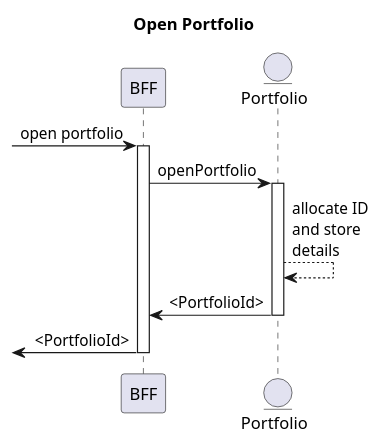
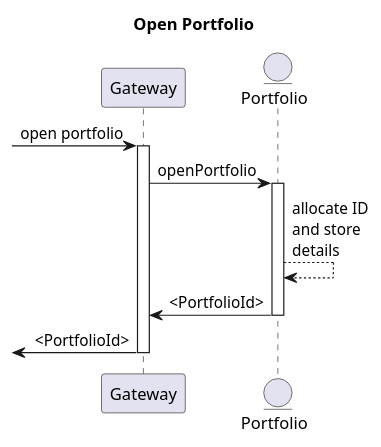
Before and after one commit to mandoolala/reactive-stock-trader-scala: the diagram in docs/OpenPortfolio.puml, drawn with PlantUML. The commit also changed 4 other files, not shown here.

```diff
--- a/docs/OpenPortfolio.puml
+++ b/docs/OpenPortfolio.puml
@@ -1,16 +1,16 @@
 @startuml
 !pragma teoz true
 skinparam SequenceMessageAlign direction
 title Open Portfolio
-participant BFF
+participant Gateway
 entity Portfolio
-[-> BFF : open portfolio
-activate BFF
-BFF -> Portfolio: openPortfolio
+[-> Gateway : open portfolio
+activate Gateway
+Gateway -> Portfolio: openPortfolio
 activate Portfolio
 Portfolio --> Portfolio : allocate ID\nand store\ndetails
-Portfolio -> BFF : <PortfolioId>
+Portfolio -> Gateway : <PortfolioId>
 deactivate Portfolio
-[<- BFF  : <PortfolioId>
-deactivate BFF
+[<- Gateway  : <PortfolioId>
+deactivate Gateway
 @enduml
```
